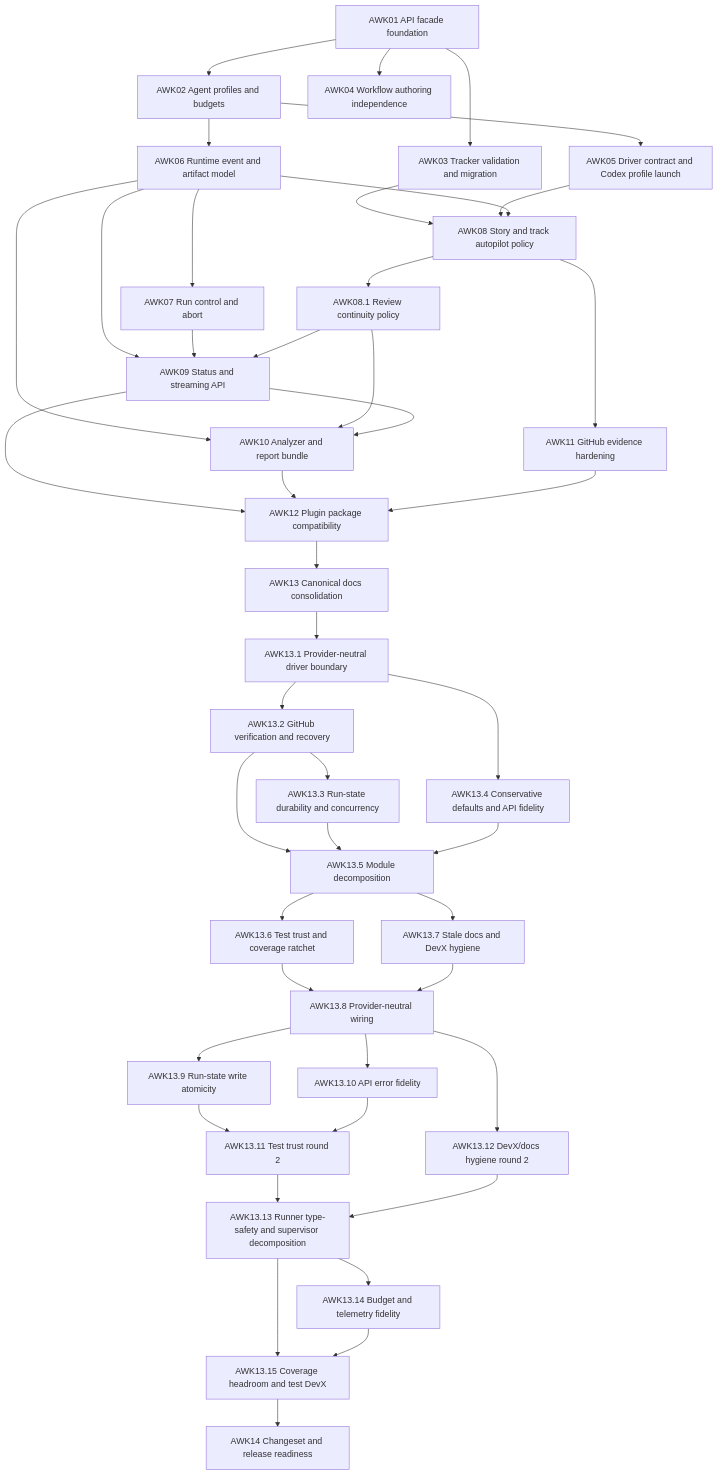
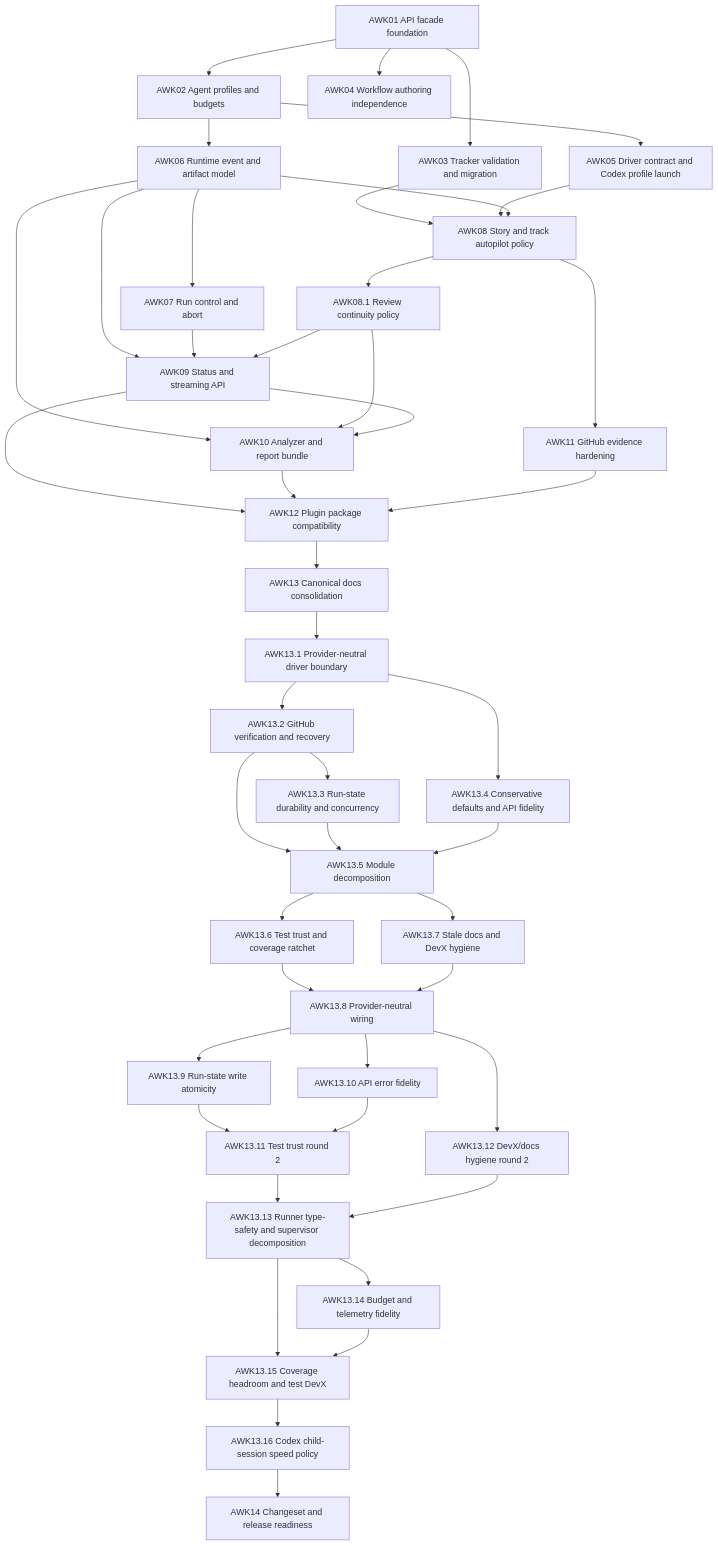
One commit to aryeko/agentic-workflow-kit changed the diagram in docs/tracks/agentic-workflow-kit-redesign/README.md. Above: the diagram before and after it, drawn with Mermaid. The commit also changed other lines of this file and 1 other file, not shown here.

Commit message:
chore(awk1316): claim AWK1316

````diff
--- a/docs/tracks/agentic-workflow-kit-redesign/README.md
+++ b/docs/tracks/agentic-workflow-kit-redesign/README.md
@@ -59,77 +61,79 @@
 ```mermaid
 flowchart TD
   AWK01[AWK01 API facade foundation]
   AWK02[AWK02 Agent profiles and budgets]
   AWK03[AWK03 Tracker validation and migration]
   AWK04[AWK04 Workflow authoring independence]
   AWK05[AWK05 Driver contract and Codex profile launch]
   AWK06[AWK06 Runtime event and artifact model]
   AWK07[AWK07 Run control and abort]
   AWK08[AWK08 Story and track autopilot policy]
   AWK081[AWK08.1 Review continuity policy]
   AWK09[AWK09 Status and streaming API]
   AWK10[AWK10 Analyzer and report bundle]
   AWK11[AWK11 GitHub evidence hardening]
   AWK12[AWK12 Plugin package compatibility]
   AWK13[AWK13 Canonical docs consolidation]
   AWK131[AWK13.1 Provider-neutral driver boundary]
   AWK132[AWK13.2 GitHub verification and recovery]
   AWK133[AWK13.3 Run-state durability and concurrency]
   AWK134[AWK13.4 Conservative defaults and API fidelity]
   AWK135[AWK13.5 Module decomposition]
   AWK136[AWK13.6 Test trust and coverage ratchet]
   AWK137[AWK13.7 Stale docs and DevX hygiene]
   AWK138[AWK13.8 Provider-neutral wiring]
   AWK139[AWK13.9 Run-state write atomicity]
   AWK1310[AWK13.10 API error fidelity]
   AWK1311[AWK13.11 Test trust round 2]
   AWK1312[AWK13.12 DevX/docs hygiene round 2]
   AWK1313[AWK13.13 Runner type-safety and supervisor decomposition]
   AWK1314[AWK13.14 Budget and telemetry fidelity]
   AWK1315[AWK13.15 Coverage headroom and test DevX]
+  AWK1316[AWK13.16 Codex child-session speed policy]
   AWK14[AWK14 Changeset and release readiness]
 
   AWK01 --> AWK02
   AWK01 --> AWK03
   AWK01 --> AWK04
   AWK02 --> AWK05
   AWK02 --> AWK06
   AWK03 --> AWK08
   AWK05 --> AWK08
   AWK06 --> AWK07
   AWK06 --> AWK08
   AWK06 --> AWK09
   AWK06 --> AWK10
   AWK07 --> AWK09
   AWK08 --> AWK081
   AWK081 --> AWK09
   AWK081 --> AWK10
   AWK08 --> AWK11
   AWK09 --> AWK10
   AWK09 --> AWK12
   AWK10 --> AWK12
   AWK11 --> AWK12
   AWK12 --> AWK13
   AWK13 --> AWK131
   AWK131 --> AWK132
   AWK131 --> AWK134
   AWK132 --> AWK133
   AWK132 --> AWK135
   AWK133 --> AWK135
   AWK134 --> AWK135
   AWK135 --> AWK136
   AWK135 --> AWK137
   AWK136 --> AWK138
   AWK137 --> AWK138
   AWK138 --> AWK139
   AWK138 --> AWK1310
   AWK138 --> AWK1312
   AWK139 --> AWK1311
   AWK1310 --> AWK1311
   AWK1311 --> AWK1313
   AWK1312 --> AWK1313
   AWK1313 --> AWK1314
   AWK1313 --> AWK1315
   AWK1314 --> AWK1315
-  AWK1315 --> AWK14
+  AWK1315 --> AWK1316
+  AWK1316 --> AWK14
 ```
````
